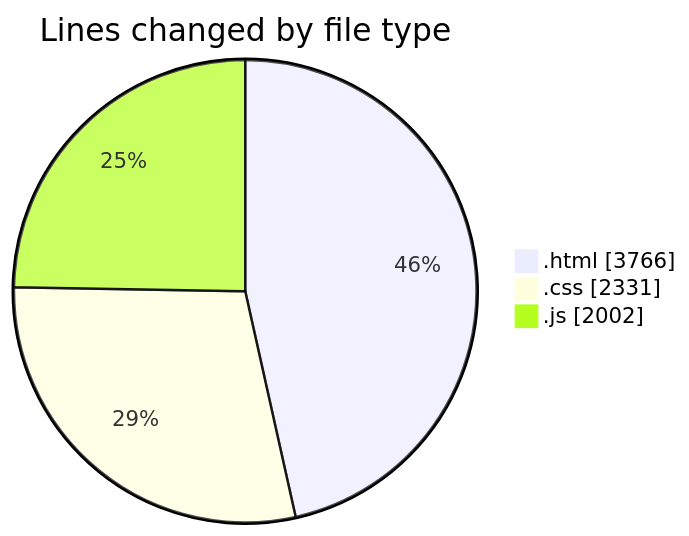
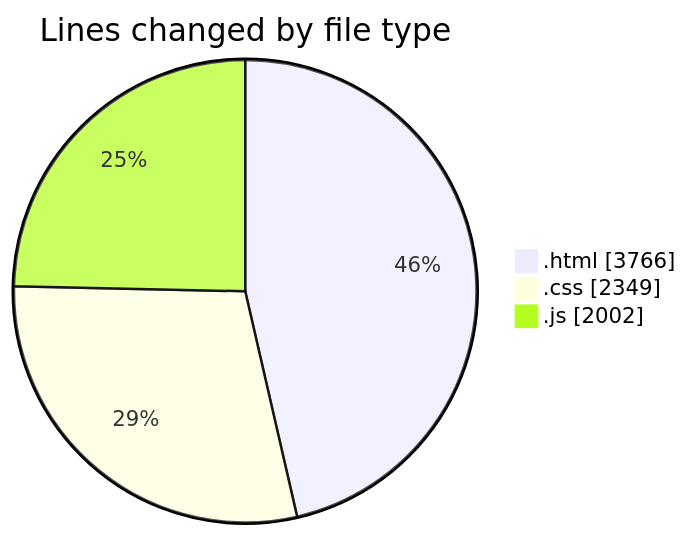
Before and after one commit to Ritupan-Deka/code-tracking: the first of 2 diagrams in 2025-05-24/projects/README.md, drawn with Mermaid. The commit also changed other lines of this file and 1 other file, not shown here.

````diff
--- a/2025-05-24/projects/README.md
+++ b/2025-05-24/projects/README.md
@@ -25,7 +25,7 @@
 ```mermaid
 pie showData
 title Lines changed by file type
 ".html" : 3766
-".css" : 2331
+".css" : 2349
 ".js" : 2002
 ```
````
